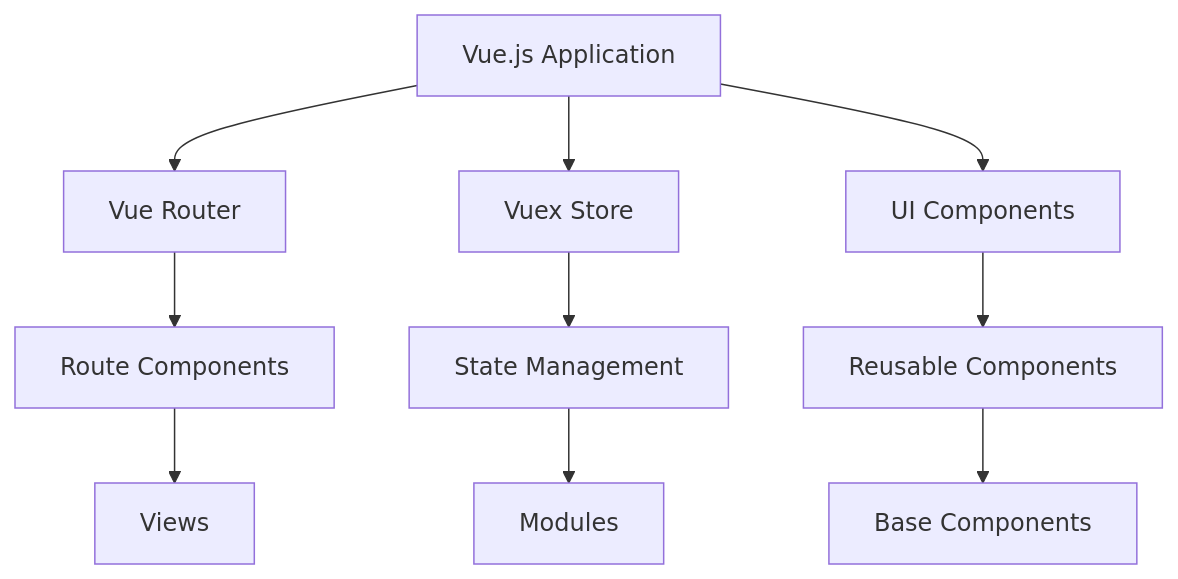
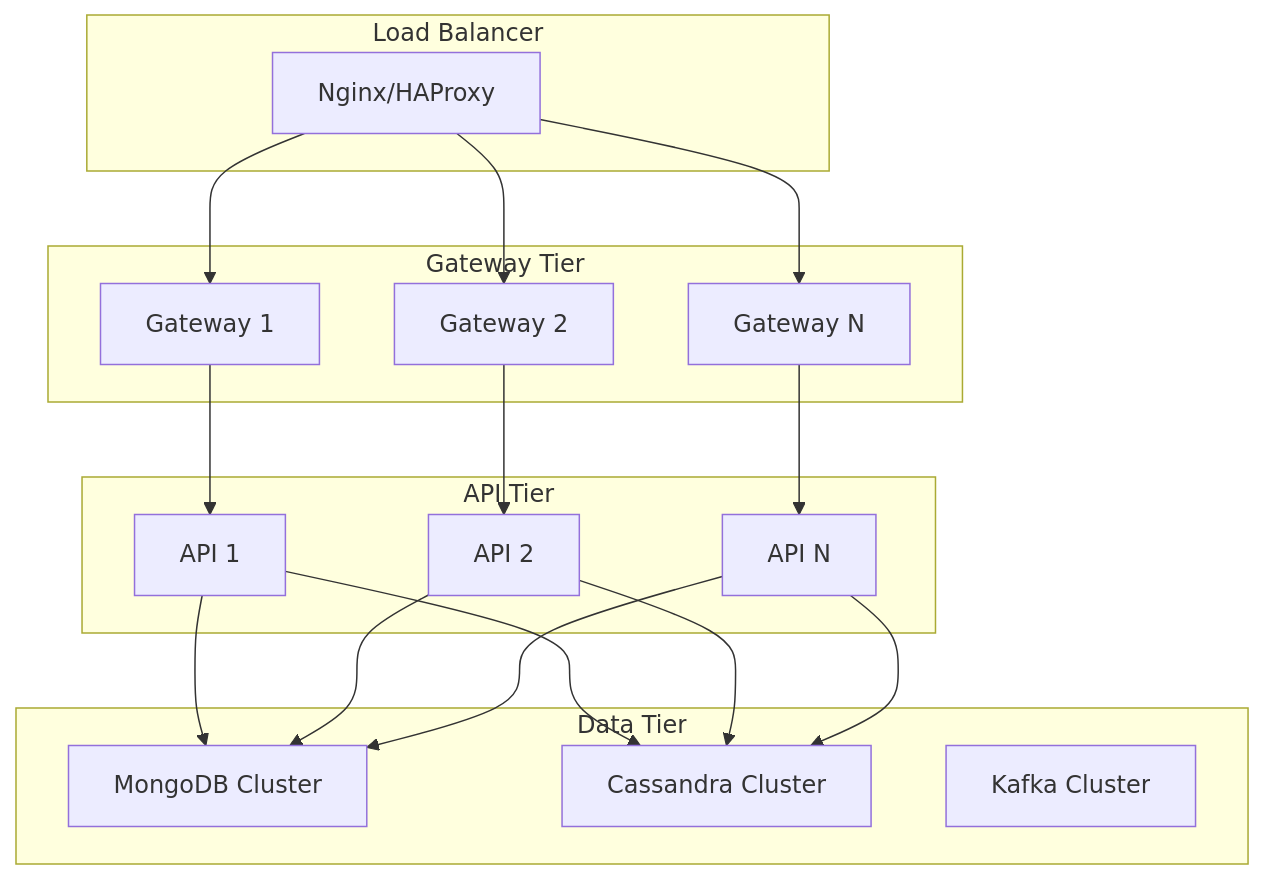
Before and after one commit to flamingo-stack/openframe-oss-tenant: the fifth of 7 diagrams in docs/development/architecture/overview.md, drawn with Mermaid. The commit also changed other lines of this file and 11 other files, not shown here.

````diff
--- a/docs/development/architecture/overview.md
+++ b/docs/development/architecture/overview.md
@@ -43,14 +424,40 @@
 ```mermaid
-graph TD
-    A[Vue.js Application] --> B[Vue Router]
-    A --> C[Vuex Store]
-    A --> D[UI Components]
+graph TB
+    subgraph "Load Balancer"
+        LB[Nginx/HAProxy]
+    end
     
-    B --> E[Route Components]
-    C --> F[State Management]
-    D --> G[Reusable Components]
+    subgraph "Gateway Tier"
+        GW1[Gateway 1]
+        GW2[Gateway 2]
+        GW3[Gateway N]
+    end
     
-    E --> H[Views]
-    F --> I[Modules]
-    G --> J[Base Components]
+    subgraph "API Tier"
+        API1[API 1]
+        API2[API 2]
+        API3[API N]
+    end
+    
+    subgraph "Data Tier"
+        MongoDB[MongoDB Cluster]
+        Cassandra[Cassandra Cluster]
+        Kafka[Kafka Cluster]
+    end
+    
+    LB --> GW1
+    LB --> GW2
+    LB --> GW3
+    
+    GW1 --> API1
+    GW2 --> API2
+    GW3 --> API3
+    
+    API1 --> MongoDB
+    API2 --> MongoDB
+    API3 --> MongoDB
+    
+    API1 --> Cassandra
+    API2 --> Cassandra
+    API3 --> Cassandra
 ```
````
